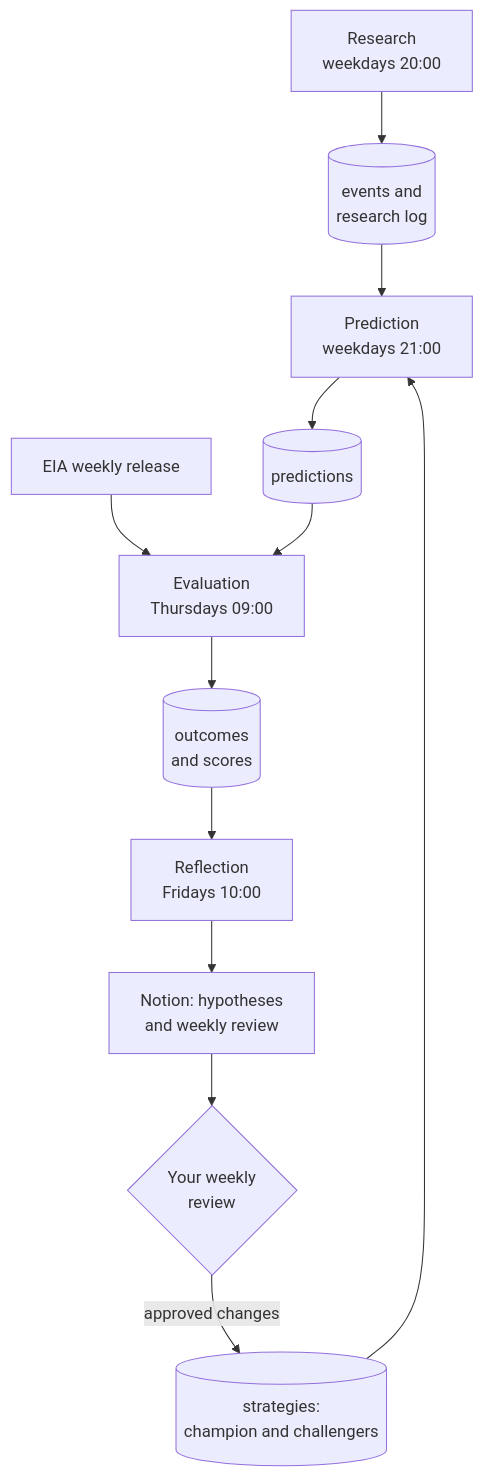
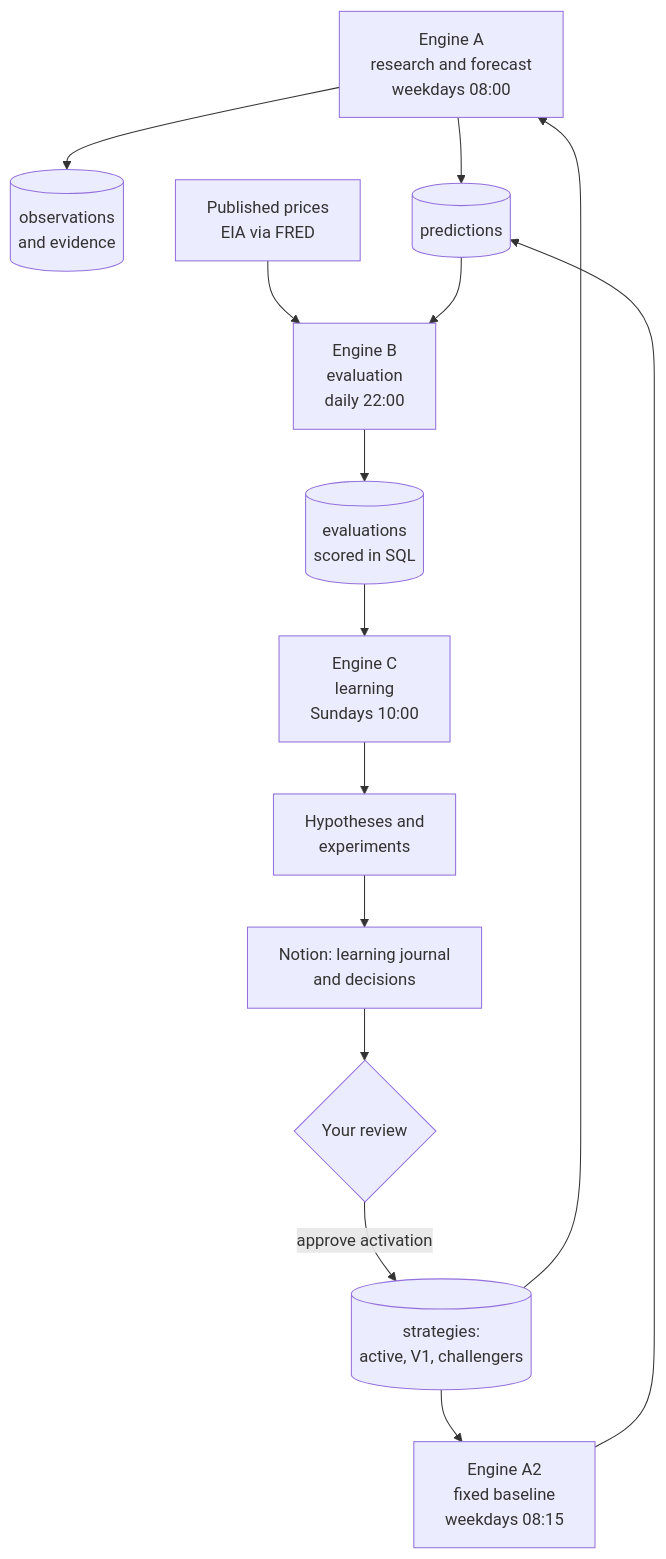
Before and after one commit to Lamiv/Lamiv.github.io: the first of 2 diagrams in blog/intelligence-that-compounds-1-building-it.md, drawn with Mermaid. The commit also changed other lines of this file and 4 other files, not shown here.

````diff
--- a/blog/intelligence-that-compounds-1-building-it.md
+++ b/blog/intelligence-that-compounds-1-building-it.md
@@ -110,14 +125,16 @@
 ```mermaid
 flowchart TD
-    R["Research<br/>weekdays 20:00"] --> EV[("events and<br/>research log")]
-    EV --> P["Prediction<br/>weekdays 21:00"]
-    ST[("strategies:<br/>champion and challengers")] --> P
-    P --> PR[("predictions")]
-    EIA["EIA weekly release"] --> E["Evaluation<br/>Thursdays 09:00"]
-    PR --> E
-    E --> SC[("outcomes<br/>and scores")]
-    SC --> F["Reflection<br/>Fridays 10:00"]
-    F --> H["Notion: hypotheses<br/>and weekly review"]
-    H --> Y{"Your weekly<br/>review"}
-    Y -->|"approved changes"| ST
+    A["Engine A<br/>research and forecast<br/>weekdays 08:00"] --> OB[("observations<br/>and evidence")]
+    A --> PR[("predictions")]
+    A2["Engine A2<br/>fixed baseline<br/>weekdays 08:15"] --> PR
+    ST[("strategies:<br/>active, V1, challengers")] --> A
+    ST --> A2
+    MKT["Published prices<br/>EIA via FRED"] --> B["Engine B<br/>evaluation<br/>daily 22:00"]
+    PR --> B
+    B --> EV[("evaluations<br/>scored in SQL")]
+    EV --> C["Engine C<br/>learning<br/>Sundays 10:00"]
+    C --> HY["Hypotheses and<br/>experiments"]
+    HY --> NO["Notion: learning journal<br/>and decisions"]
+    NO --> Y{"Your review"}
+    Y -->|"approve activation"| ST
 ```
````
